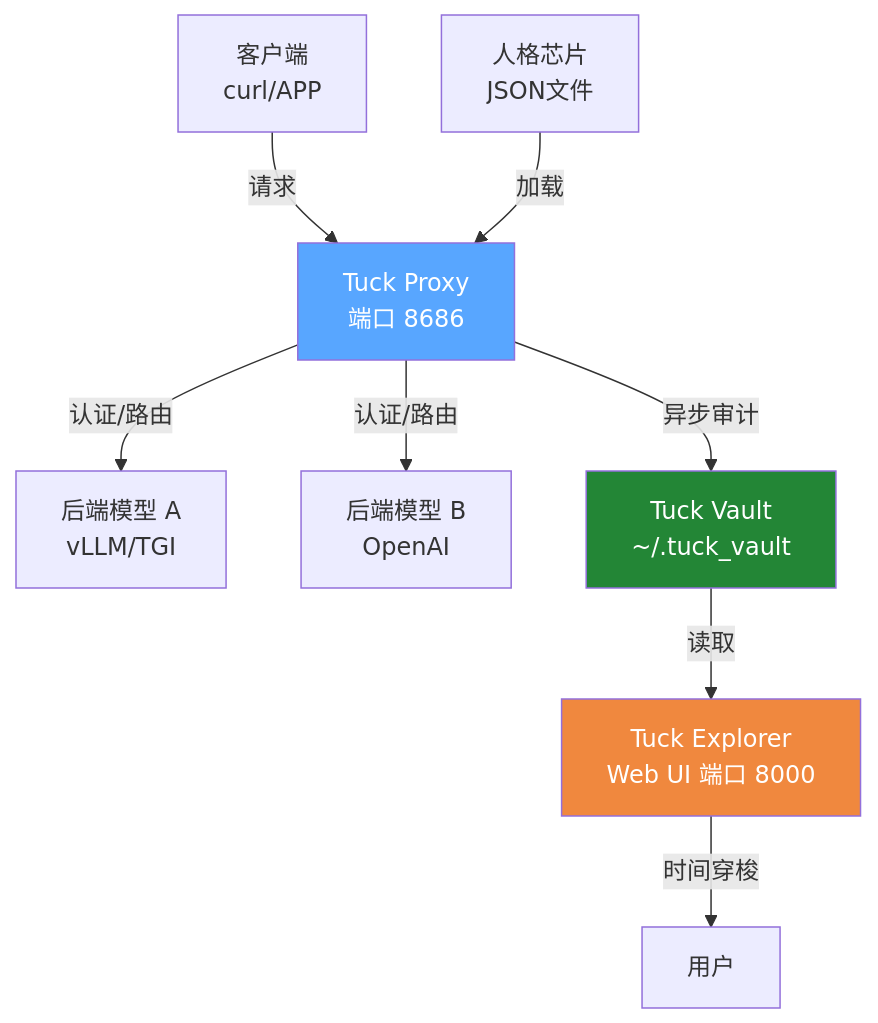
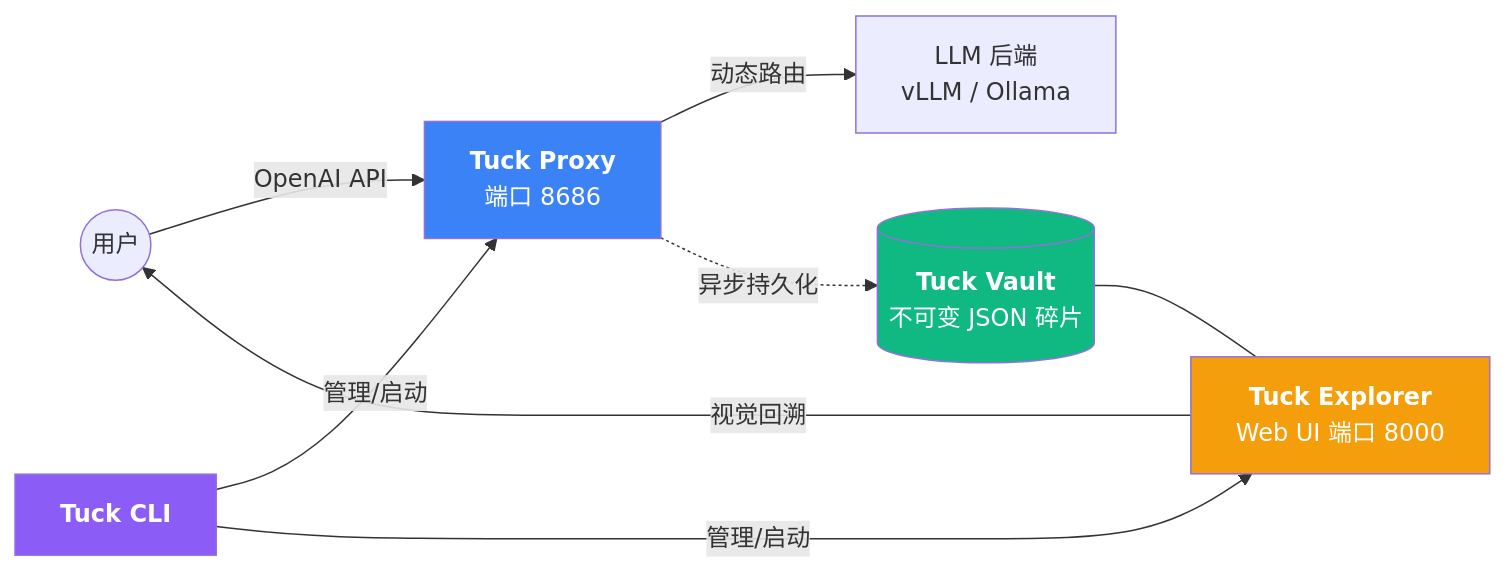
One commit to Jasonmilk/Tuck changed the diagram in README.md. Above: the diagram before and after it, drawn with Mermaid. The commit also changed other lines of this file, not shown here.

````diff
--- a/README.md
+++ b/README.md
@@ -49,19 +46,17 @@
 ```mermaid
-graph TD
-    Client[客户端<br/>curl/APP] -->|请求| Proxy[Tuck Proxy<br/>端口 8686]
+graph LR
+    User((用户)) -->|OpenAI API| Proxy[<b>Tuck Proxy</b><br/>端口 8686]
+    Proxy -->|动态路由| LLM[LLM 后端<br/>vLLM / Ollama]
+    Proxy -.->|异步持久化| Vault[(<b>Tuck Vault</b><br/>不可变 JSON 碎片)]
     
-    Proxy -->|认证/路由| BackendA[后端模型 A<br/>vLLM/TGI]
-    Proxy -->|认证/路由| BackendB[后端模型 B<br/>OpenAI]
+    Vault --- Explorer[<b>Tuck Explorer</b><br/>Web UI 端口 8000]
+    Explorer -->|视觉回溯| User
     
-    Proxy -->|异步审计| Vault[Tuck Vault<br/>~/.tuck_vault]
+    CLI[<b>Tuck CLI</b>] -->|管理/启动| Proxy
+    CLI -->|管理/启动| Explorer
     
-    Personas[人格芯片<br/>JSON文件] -->|加载| Proxy
-    
-    Vault -->|读取| Explorer[Tuck Explorer<br/>Web UI 端口 8000]
-    
-    Explorer -->|时间穿梭| User[用户]
-    
-    style Proxy fill:#58a6ff,color:#fff
-    style Vault fill:#238636,color:#fff
-    style Explorer fill:#f0883e,color:#fff
+    style Proxy fill:#3b82f6,color:#fff
+    style Vault fill:#10b981,color:#fff
+    style Explorer fill:#f59e0b,color:#fff
+    style CLI fill:#8b5cf6,color:#fff
 ```
````
